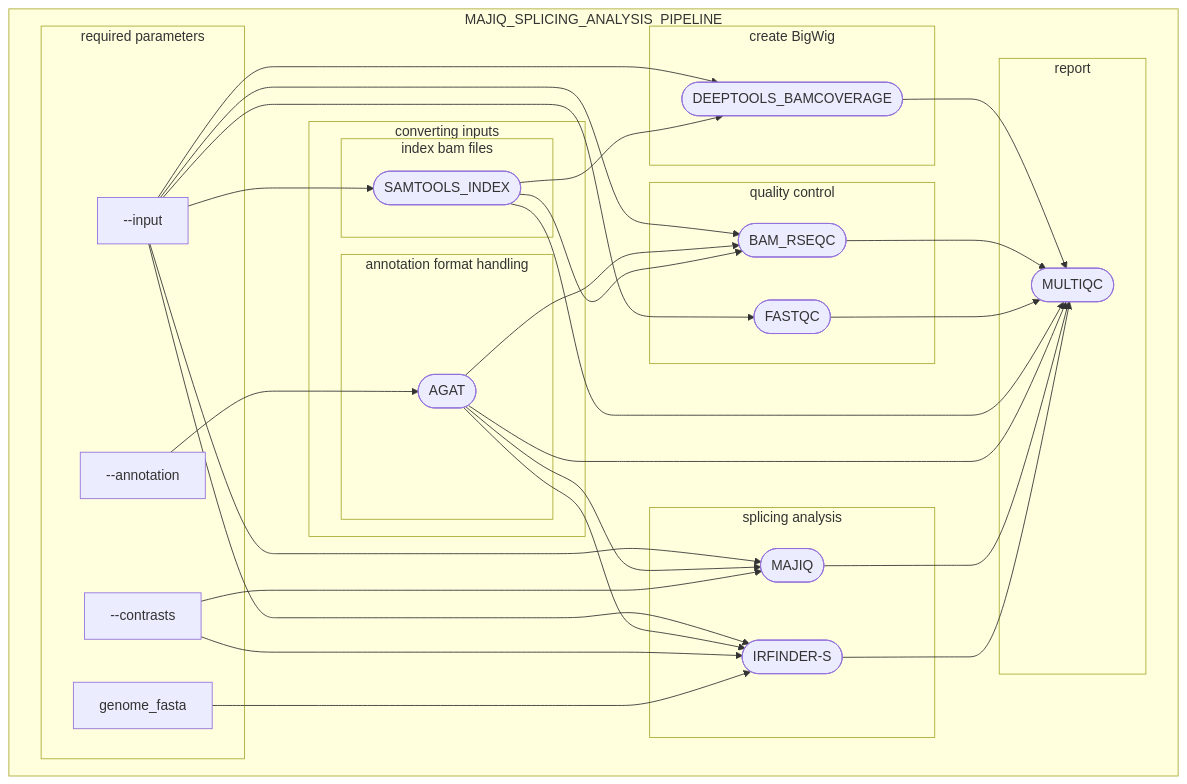
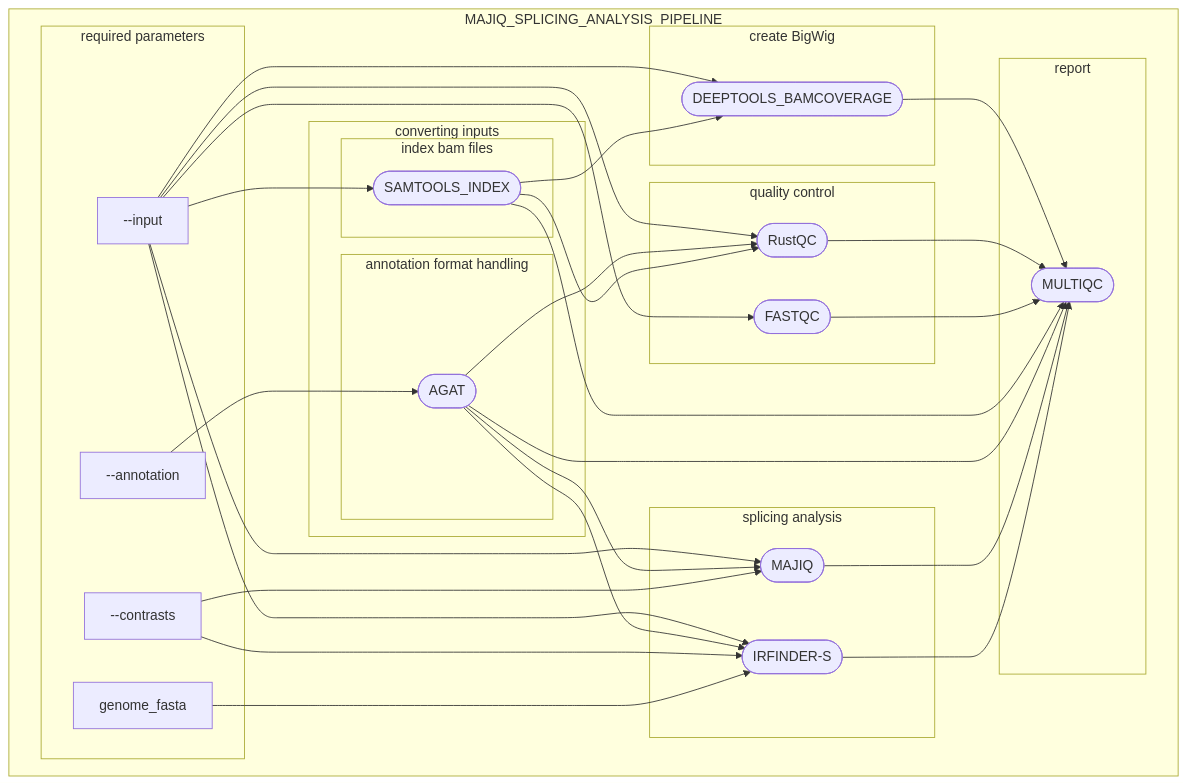
One commit to ZarnackGroup/majiq_splicing_analysis_pipeline changed the diagram in README.md. Above: the diagram before and after it, drawn with Mermaid. The commit also changed other lines of this file and 4 other files, not shown here.

````diff
--- a/README.md
+++ b/README.md
@@ -17,58 +17,58 @@
 ```mermaid
 flowchart TB
   subgraph MAJIQ_SPLICING_ANALYSIS_PIPELINE
     subgraph required parameters
       v0["--input"]
       v2["--annotation"]
       v1["--contrasts"]
       v3["genome_fasta"]
 
     end
 
     subgraph s20["converting inputs"]
           subgraph s100["index bam files"]
                v15([SAMTOOLS_INDEX])
           end
           subgraph s2["annotation format handling"]
                v9([AGAT])
           end
      end
     subgraph s3["splicing analysis"]
       v25([MAJIQ])
       v26([IRFINDER-S])
     end
     subgraph s4["create BigWig"]
       v19([DEEPTOOLS_BAMCOVERAGE])
     end
     subgraph s7["quality control"]
-      v32([BAM_RSEQC])
+      v32([RustQC])
       v22([FASTQC])
     end
     subgraph report
       v63([MULTIQC])
     end
     v2 --> v9
     v0 --> v19
     v0 --> v15
     v0 --> v22
     v0 --> v25
     v0 --> v26
     v0 --> v32
     v9 --> v25
     v9 --> v26
     v9 --> v32
     v1 --> v26
     v1 --> v25
     v3 --> v26
     v15 --> v19
     v15 --> v32
     v19 --> v63
     v32 --> v63
     v22 --> v63
     v15 --> v63
     v9 --> v63
     v25 --> v63
     v26 --> v63
   end
 
 ```
````
